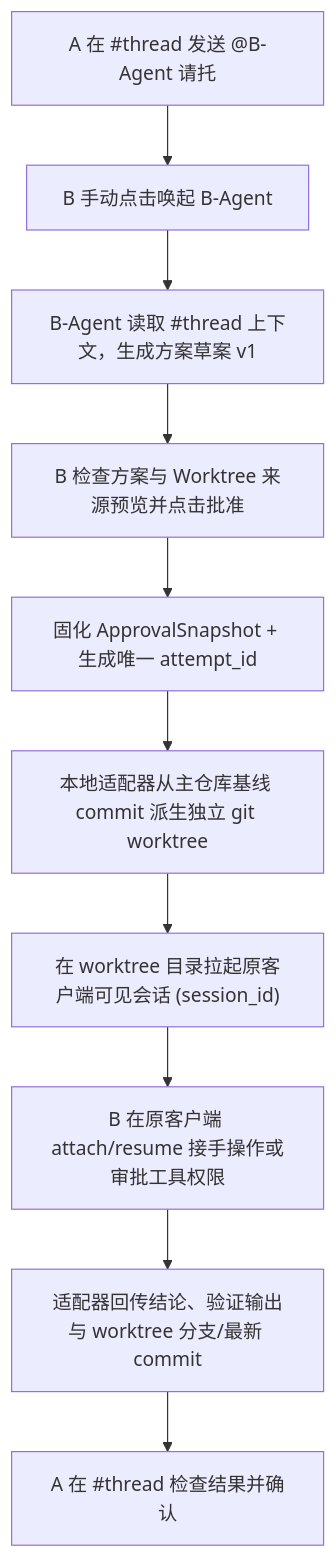
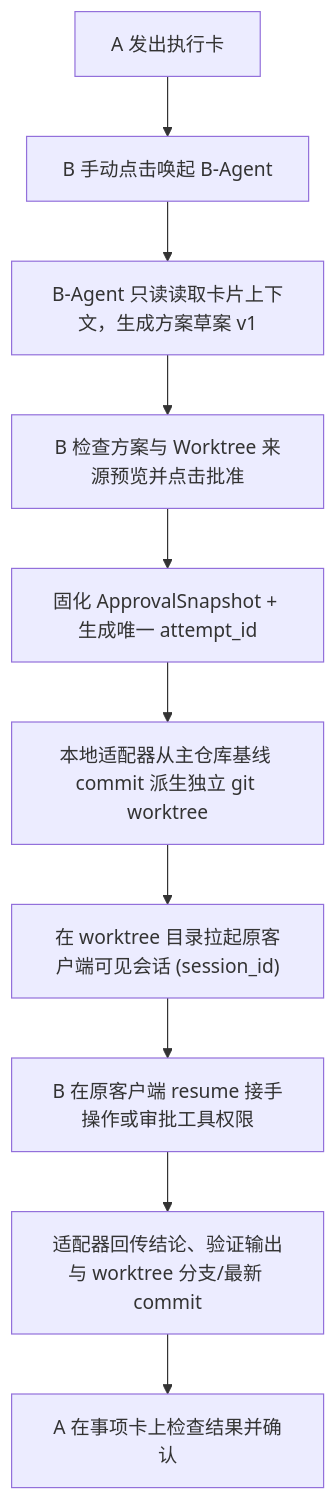
One commit to jingsong-kiki/melody changed the second of 2 diagrams in docs/architecture.md. Above: the diagram before and after it, drawn with Mermaid. The commit also changed other lines of this file and 5 other files, not shown here.

````diff
--- a/docs/architecture.md
+++ b/docs/architecture.md
@@ -24,12 +96,12 @@
 ```mermaid
 flowchart TD
-    MSG["A 在 #thread 发送 @B-Agent 请托"] --> WAKE["B 手动点击唤起 B-Agent"]
-    WAKE --> PROP["B-Agent 读取 #thread 上下文，生成方案草案 v1"]
+    CARD["A 发出执行卡"] --> WAKE["B 手动点击唤起 B-Agent"]
+    WAKE --> PROP["B-Agent 只读读取卡片上下文，生成方案草案 v1"]
     PROP --> APPROVE["B 检查方案与 Worktree 来源预览并点击批准"]
     APPROVE --> SNAP["固化 ApprovalSnapshot + 生成唯一 attempt_id"]
     SNAP --> WT["本地适配器从主仓库基线 commit 派生独立 git worktree"]
     WT --> NATIVE["在 worktree 目录拉起原客户端可见会话 (session_id)"]
-    NATIVE --> HUMAN["B 在原客户端 attach/resume 接手操作或审批工具权限"]
+    NATIVE --> HUMAN["B 在原客户端 resume 接手操作或审批工具权限"]
     HUMAN --> RESULT["适配器回传结论、验证输出与 worktree 分支/最新 commit"]
-    RESULT --> CHECK["A 在 #thread 检查结果并确认"]
+    RESULT --> CHECK["A 在事项卡上检查结果并确认"]
 ```
````
